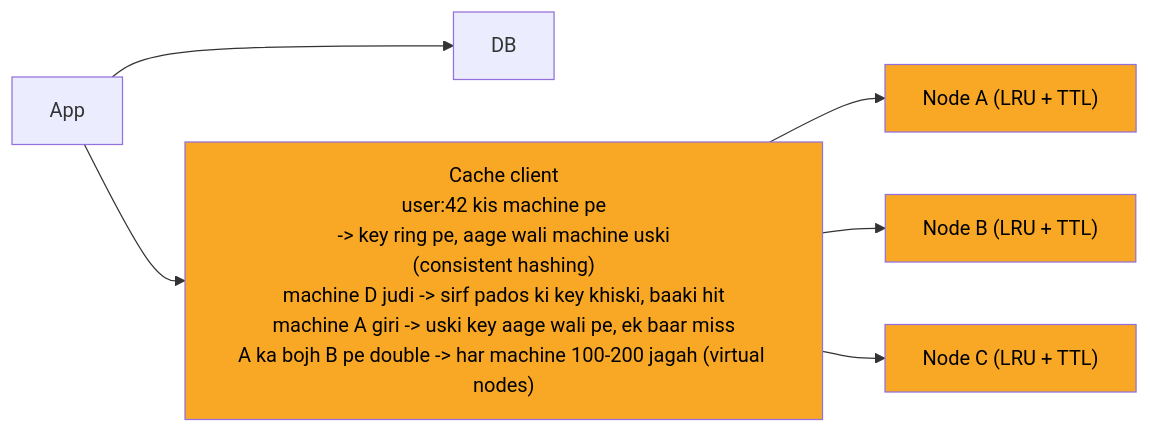
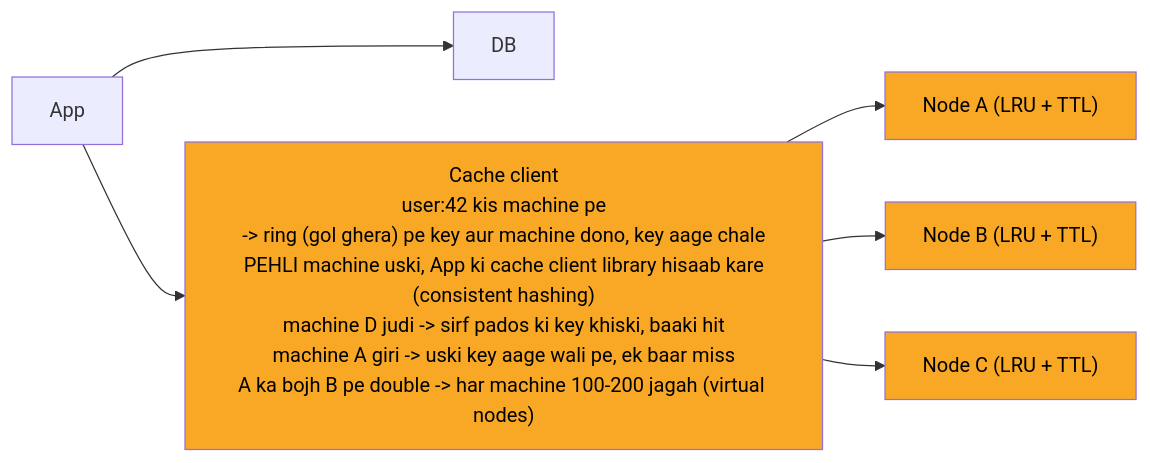
The third of 8 diagrams in 04_HLD/SYSTEM_DESIGNS/10_distributed_cache/10_distributed_cache.md (ArpanMaheshwari144/Prep), drawn with Mermaid before and after one commit. The commit also changed other lines of this file and 13 other files, not shown here.

````diff
--- a/04_HLD/SYSTEM_DESIGNS/10_distributed_cache/10_distributed_cache.md
+++ b/04_HLD/SYSTEM_DESIGNS/10_distributed_cache/10_distributed_cache.md
@@ -134,19 +138,19 @@
 ```mermaid
 %%{init: {"flowchart": {"wrappingWidth": 450}}}%%
 flowchart LR
     n_App["App"]
     n_DB["DB"]
-    n_Cache_client["Cache client<br/>user:42 kis machine pe<br/>-> key ring pe, aage wali machine uski<br/>(consistent hashing)<br/>machine D judi -> sirf pados ki key khiski, baaki hit<br/>machine A giri -> uski key aage wali pe, ek baar miss<br/>A ka bojh B pe double -> har machine 100-200 jagah (virtual nodes)"]
+    n_Cache_client["Cache client<br/>user:42 kis machine pe<br/>-> ring (gol ghera) pe key aur machine dono, key aage chale<br/>PEHLI machine uski, App ki cache client library hisaab kare<br/>(consistent hashing)<br/>machine D judi -> sirf pados ki key khiski, baaki hit<br/>machine A giri -> uski key aage wali pe, ek baar miss<br/>A ka bojh B pe double -> har machine 100-200 jagah (virtual nodes)"]
     n_Node_A["Node A (LRU + TTL)"]
     n_Node_B["Node B (LRU + TTL)"]
     n_Node_C["Node C (LRU + TTL)"]
     n_App --> n_DB
     n_App --> n_Cache_client
     n_Cache_client --> n_Node_A
     n_Cache_client --> n_Node_B
     n_Cache_client --> n_Node_C
     style n_Cache_client fill:#f9a825,color:#000
     style n_Node_A fill:#f9a825,color:#000
     style n_Node_B fill:#f9a825,color:#000
     style n_Node_C fill:#f9a825,color:#000
 ```
````
